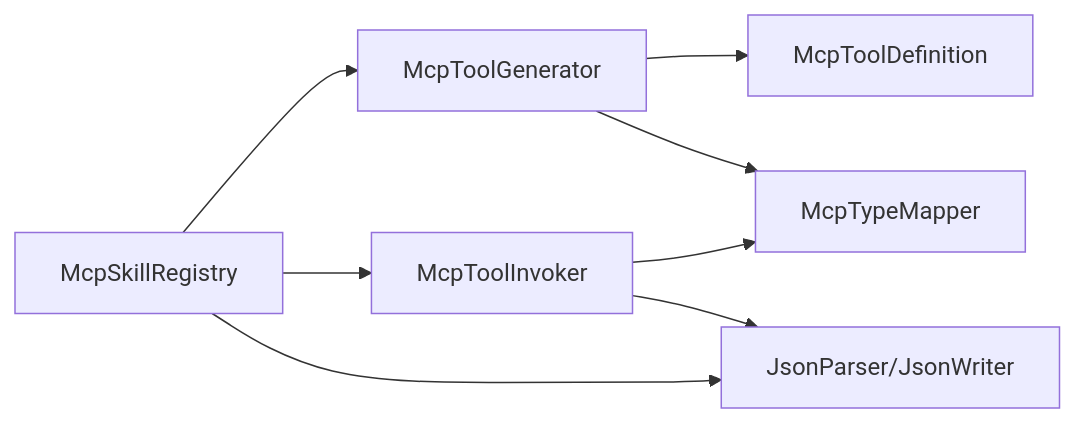
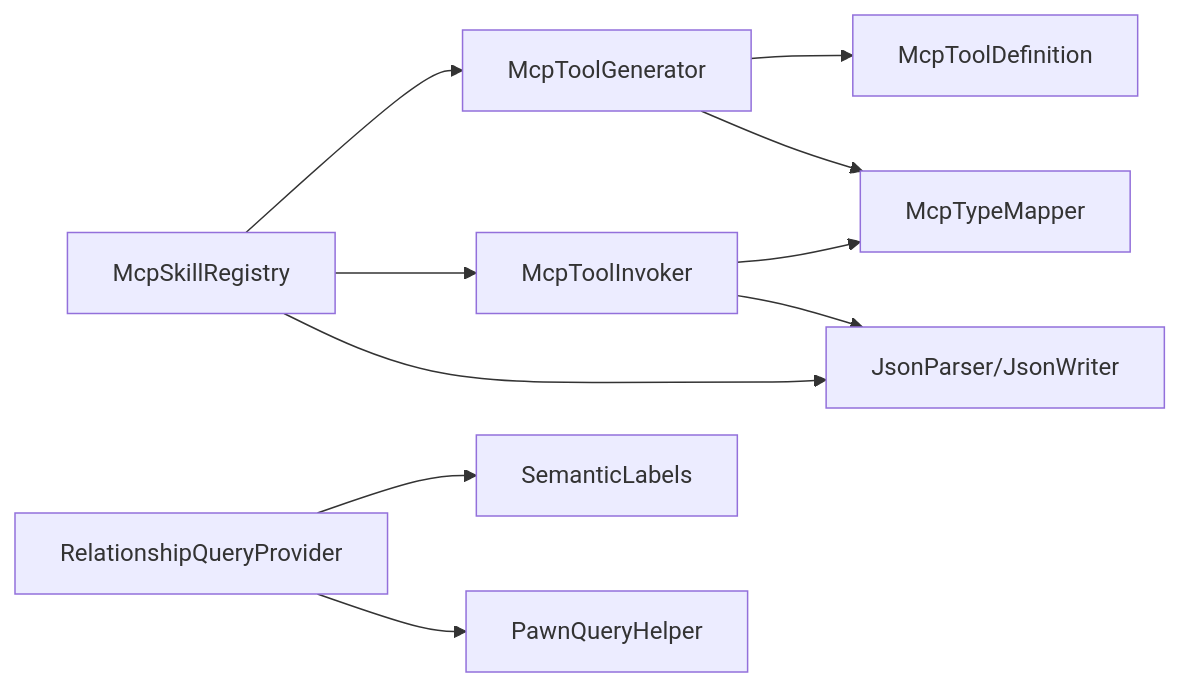
One commit to suzvka/RimLife changed the sixth of 6 diagrams in .qoder/repowiki/zh/content/MCP 工具协议.md. Above: the diagram before and after it, drawn with Mermaid. The commit also changed other lines of this file and 35 other files, not shown here.

````diff
--- a/.qoder/repowiki/zh/content/MCP 工具协议.md
+++ b/.qoder/repowiki/zh/content/MCP 工具协议.md
@@ -354,10 +417,12 @@
 ```mermaid
 graph LR
 Reg["McpSkillRegistry"] --> Gen["McpToolGenerator"]
 Reg --> Inv["McpToolInvoker"]
 Gen --> Def["McpToolDefinition"]
 Gen --> TM["McpTypeMapper"]
 Inv --> TM
 Inv --> JP["JsonParser/JsonWriter"]
 Reg --> JP
+P["RelationshipQueryProvider"] --> SL["SemanticLabels"]
+P --> PH["PawnQueryHelper"]
 ```
````
